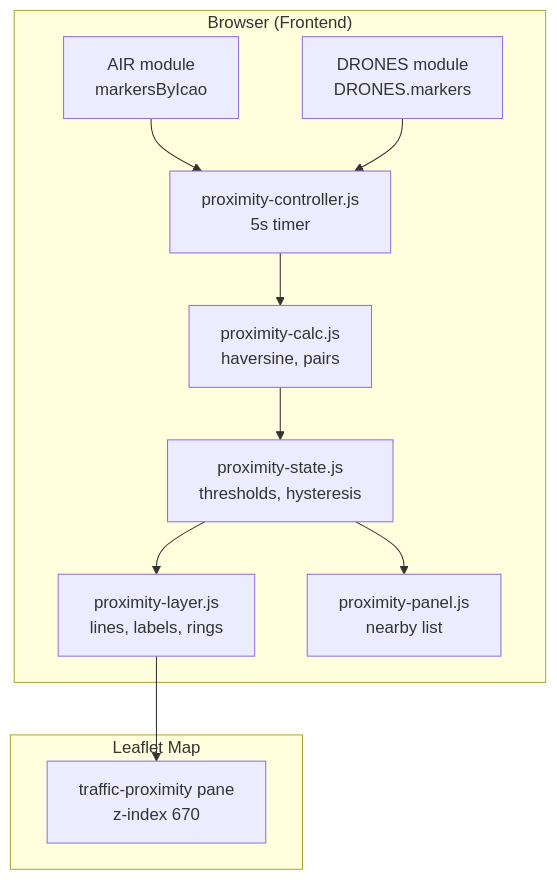
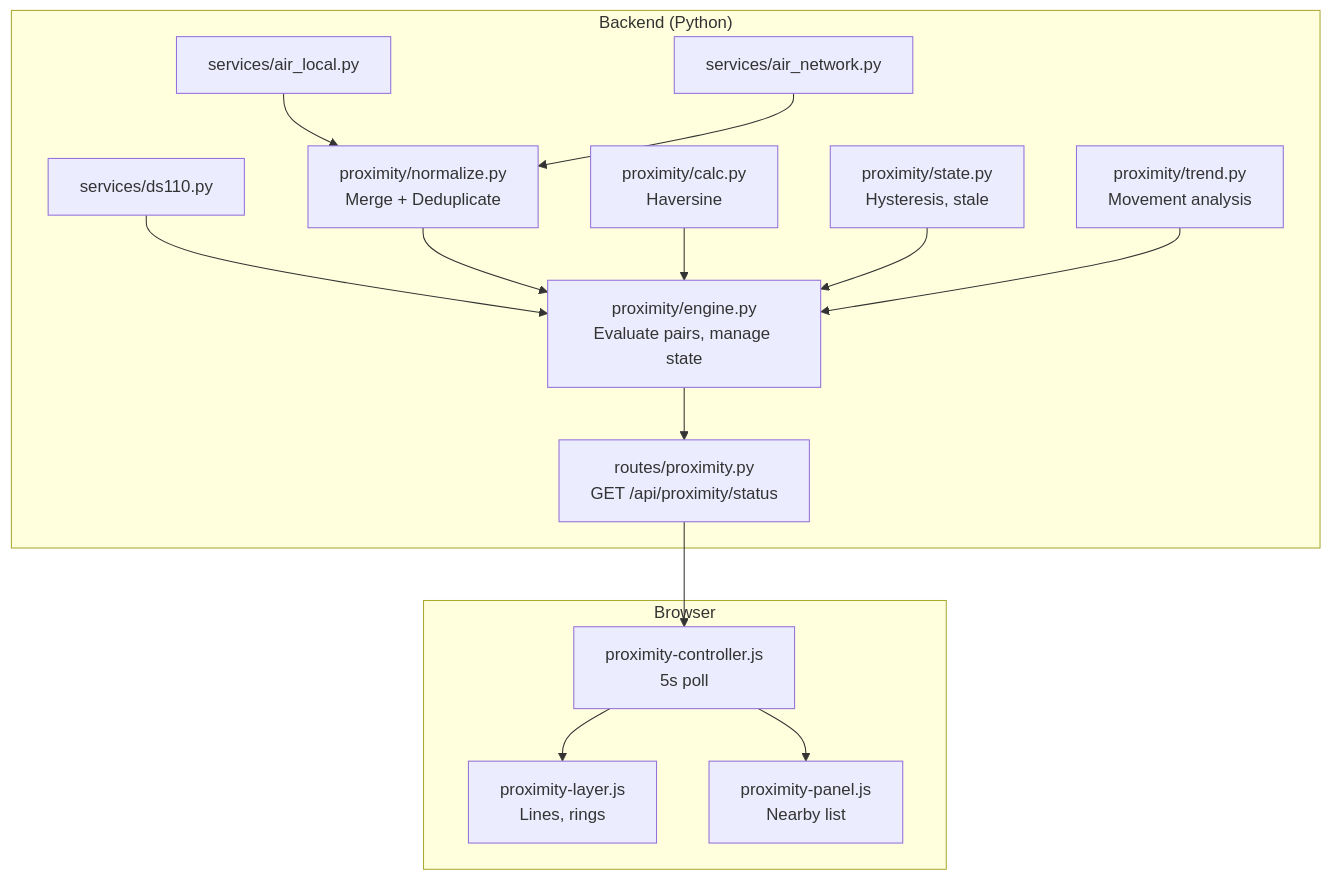
The first of 2 diagrams in tracker-mini/.kiro/specs/traffic-proximity-awareness/design.md (iz0qwm/drone_detector_antsdr_dronescout), drawn with Mermaid before and after one commit. The commit also changed other lines of this file and 4 other files, not shown here.

Commit message:
spec: revise MT-TRAFFIC-01 with backend engine, source model, deduplication

````diff
--- a/tracker-mini/.kiro/specs/traffic-proximity-awareness/design.md
+++ b/tracker-mini/.kiro/specs/traffic-proximity-awareness/design.md
@@ -103,25 +177,33 @@
 ```mermaid
 flowchart TD
-    subgraph Frontend["Browser (Frontend)"]
-        AIR["AIR module<br/>markersByIcao"]
-        DRONES["DRONES module<br/>DRONES.markers"]
+    subgraph Backend["Backend (Python)"]
+        ADSBRxSvc["services/air_local.py"]
+        ADSBNetSvc["services/air_network.py"]
+        DS110["services/ds110.py"]
         
-        Controller["proximity-controller.js<br/>5s timer"]
-        Calc["proximity-calc.js<br/>haversine, pairs"]
-        State["proximity-state.js<br/>thresholds, hysteresis"]
-        Layer["proximity-layer.js<br/>lines, labels, rings"]
-        Panel["proximity-panel.js<br/>nearby list"]
+        Normalize["proximity/normalize.py<br/>Merge + Deduplicate"]
+        Engine["proximity/engine.py<br/>Evaluate pairs, manage state"]
+        Calc["proximity/calc.py<br/>Haversine"]
+        State["proximity/state.py<br/>Hysteresis, stale"]
+        Trend["proximity/trend.py<br/>Movement analysis"]
+        API["routes/proximity.py<br/>GET /api/proximity/status"]
     end
 
-    subgraph Map["Leaflet Map"]
-        ProxPane["traffic-proximity pane<br/>z-index 670"]
+    subgraph Frontend["Browser"]
+        Controller["proximity-controller.js<br/>5s poll"]
+        Layer["proximity-layer.js<br/>Lines, rings"]
+        Panel["proximity-panel.js<br/>Nearby list"]
     end
 
-    AIR --> Controller
-    DRONES --> Controller
-    Controller --> Calc
-    Calc --> State
-    State --> Layer
-    State --> Panel
-    Layer --> ProxPane
+    ADSBRxSvc --> Normalize
+    ADSBNetSvc --> Normalize
+    DS110 --> Engine
+    Normalize --> Engine
+    Calc --> Engine
+    State --> Engine
+    Trend --> Engine
+    Engine --> API
+    API --> Controller
+    Controller --> Layer
+    Controller --> Panel
 ```
````
